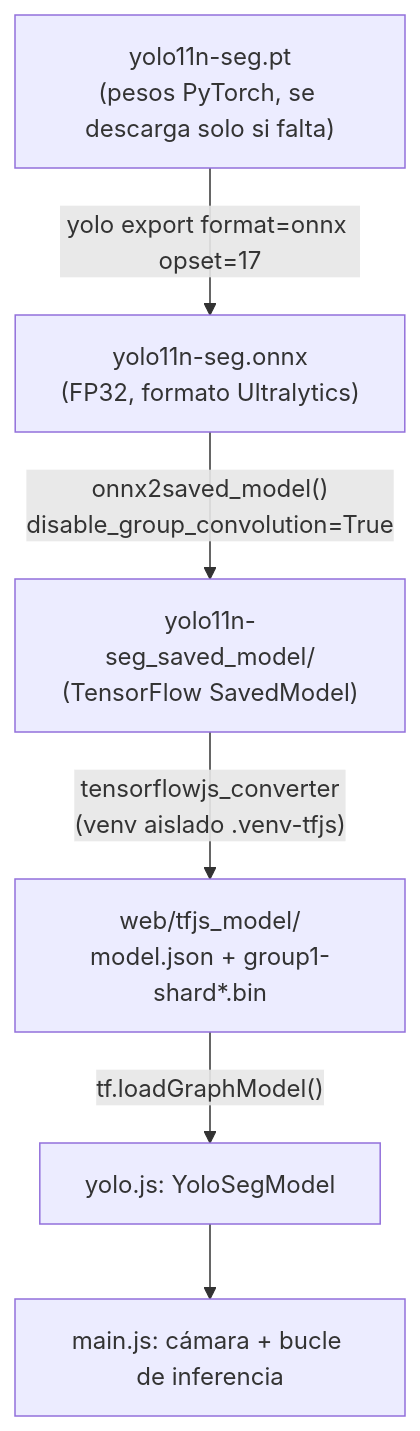
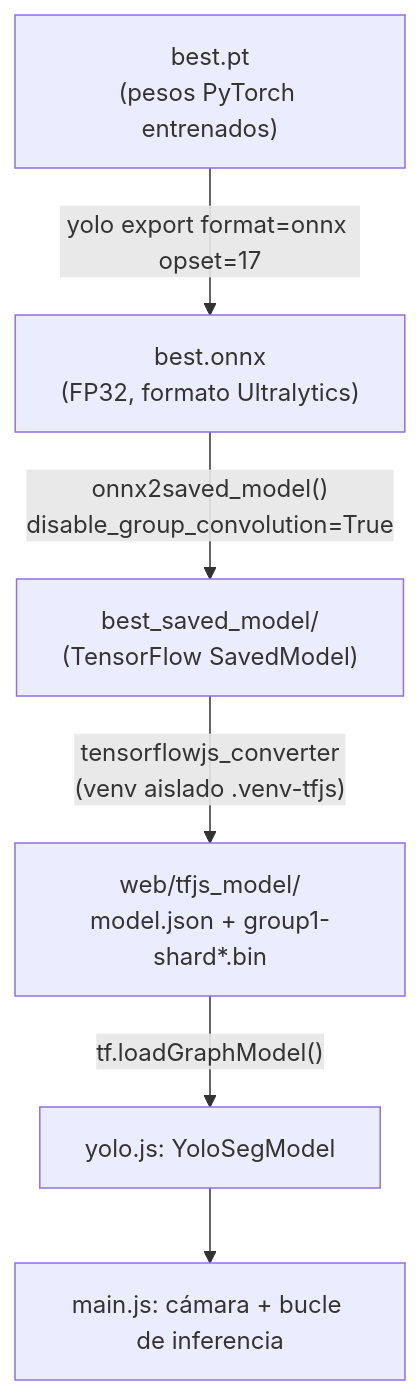
Before and after one commit to manuelfgm/yolojs_example: the diagram in README.md, drawn with Mermaid. The commit also changed other lines of this file and 28 other files, not shown here.

First line of the commit message:
Add TensorFlow.js model files and checkpoint variables

````diff
--- a/README.md
+++ b/README.md
@@ -25,8 +25,8 @@
 ```mermaid
 flowchart TD
-    A["yolo11n-seg.pt<br/>(pesos PyTorch, se descarga solo si falta)"] -->|"yolo export format=onnx opset=17"| B["yolo11n-seg.onnx<br/>(FP32, formato Ultralytics)"]
-    B -->|"onnx2saved_model()<br/>disable_group_convolution=True"| C["yolo11n-seg_saved_model/<br/>(TensorFlow SavedModel)"]
+    A["best.pt<br/>(pesos PyTorch entrenados)"] -->|"yolo export format=onnx opset=17"| B["best.onnx<br/>(FP32, formato Ultralytics)"]
+    B -->|"onnx2saved_model()<br/>disable_group_convolution=True"| C["best_saved_model/<br/>(TensorFlow SavedModel)"]
     C -->|"tensorflowjs_converter<br/>(venv aislado .venv-tfjs)"| D["web/tfjs_model/<br/>model.json + group1-shard*.bin"]
     D -->|"tf.loadGraphModel()"| E["yolo.js: YoloSegModel"]
     E --> F["main.js: cámara + bucle de inferencia"]
 ```
````
